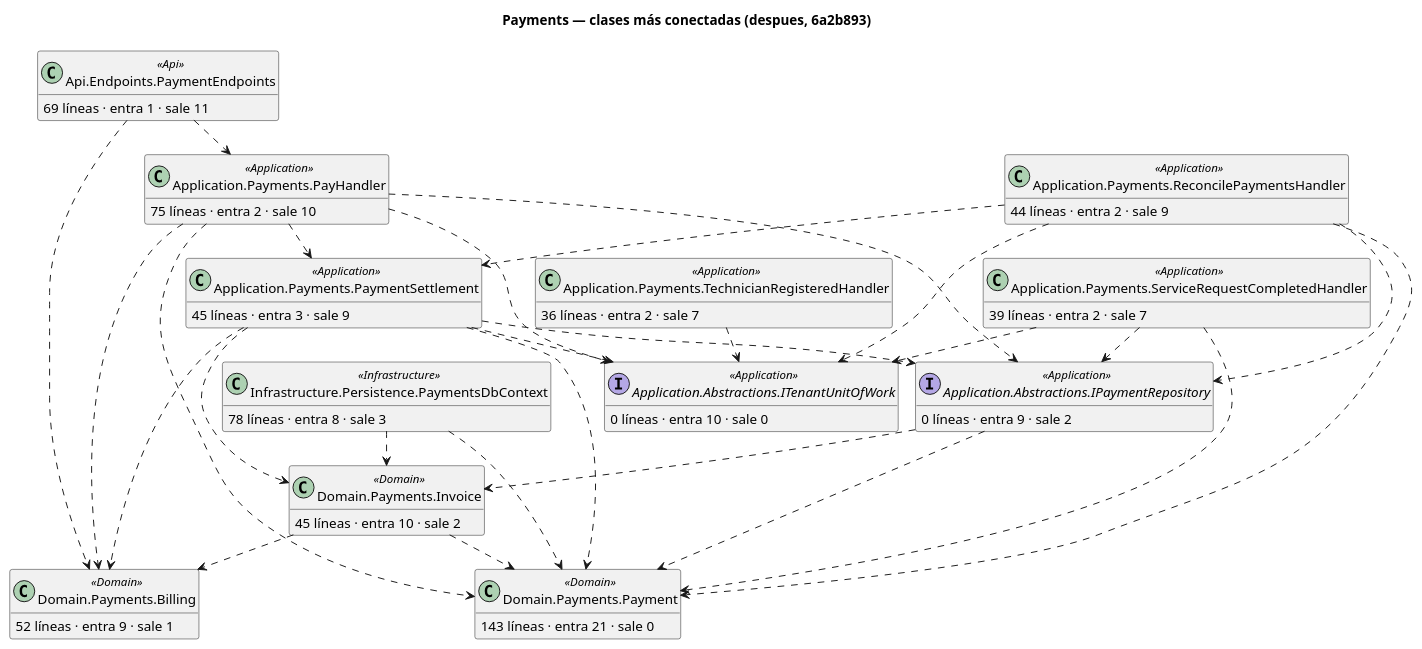
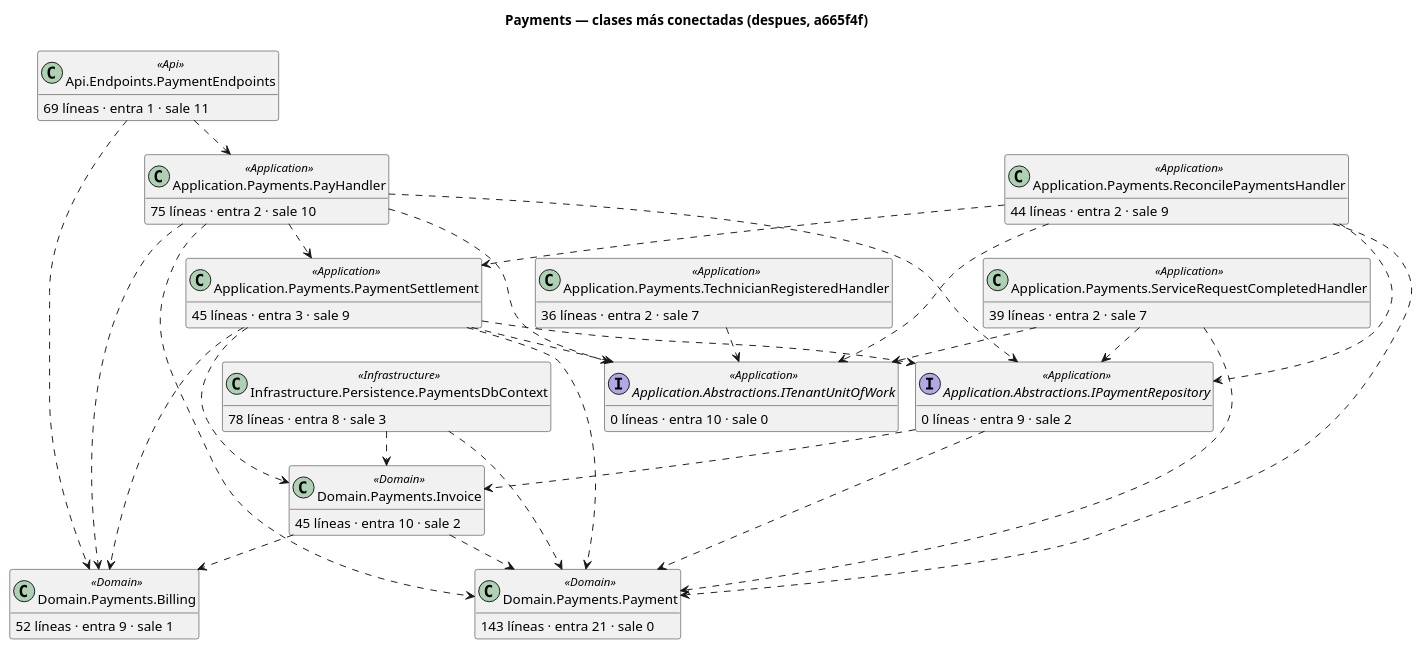
Before and after one commit to ARQUI-202630/quickpatch: the diagram in docs/architecture/codigo/despues/payments/clases-centrales.puml, drawn with PlantUML. The commit also changed 83 other files, not shown here.

```diff
--- a/docs/architecture/codigo/despues/payments/clases-centrales.puml
+++ b/docs/architecture/codigo/despues/payments/clases-centrales.puml
@@ -1,68 +1,68 @@
 @startuml
 !pragma layout smetana
-title Payments — clases más conectadas (despues, 6a2b893)
+title Payments — clases más conectadas (despues, a665f4f)
 hide empty members
 skinparam shadowing false
 class "Domain.Payments.Payment" as QuickPatch_Payments_Domain_Payments_Payment <<Domain>> {
   143 líneas · entra 21 · sale 0
 }
 class "Api.Endpoints.PaymentEndpoints" as QuickPatch_Payments_Api_Endpoints_PaymentEndpoints <<Api>> {
   69 líneas · entra 1 · sale 11
 }
 class "Application.Payments.PayHandler" as QuickPatch_Payments_Application_Payments_PayHandler <<Application>> {
   75 líneas · entra 2 · sale 10
 }
 class "Application.Payments.PaymentSettlement" as QuickPatch_Payments_Application_Payments_PaymentSettlement <<Application>> {
   45 líneas · entra 3 · sale 9
 }
 class "Domain.Payments.Invoice" as QuickPatch_Payments_Domain_Payments_Invoice <<Domain>> {
   45 líneas · entra 10 · sale 2
 }
 class "Application.Payments.ReconcilePaymentsHandler" as QuickPatch_Payments_Application_Payments_ReconcilePaymentsHandler <<Application>> {
   44 líneas · entra 2 · sale 9
 }
 interface "Application.Abstractions.IPaymentRepository" as QuickPatch_Payments_Application_Abstractions_IPaymentRepository <<Application>> {
   0 líneas · entra 9 · sale 2
 }
 class "Infrastructure.Persistence.PaymentsDbContext" as QuickPatch_Payments_Infrastructure_Persistence_PaymentsDbContext <<Infrastructure>> {
   78 líneas · entra 8 · sale 3
 }
 interface "Application.Abstractions.ITenantUnitOfWork" as QuickPatch_Payments_Application_Abstractions_ITenantUnitOfWork <<Application>> {
   0 líneas · entra 10 · sale 0
 }
 class "Domain.Payments.Billing" as QuickPatch_Payments_Domain_Payments_Billing <<Domain>> {
   52 líneas · entra 9 · sale 1
 }
 class "Application.Payments.ServiceRequestCompletedHandler" as QuickPatch_Payments_Application_Payments_ServiceRequestCompletedHandler <<Application>> {
   39 líneas · entra 2 · sale 7
 }
 class "Application.Payments.TechnicianRegisteredHandler" as QuickPatch_Payments_Application_Payments_TechnicianRegisteredHandler <<Application>> {
   36 líneas · entra 2 · sale 7
 }
 QuickPatch_Payments_Api_Endpoints_PaymentEndpoints ..> QuickPatch_Payments_Application_Payments_PayHandler
 QuickPatch_Payments_Api_Endpoints_PaymentEndpoints ..> QuickPatch_Payments_Domain_Payments_Billing
 QuickPatch_Payments_Application_Abstractions_IPaymentRepository ..> QuickPatch_Payments_Domain_Payments_Invoice
 QuickPatch_Payments_Application_Abstractions_IPaymentRepository ..> QuickPatch_Payments_Domain_Payments_Payment
 QuickPatch_Payments_Application_Payments_PayHandler ..> QuickPatch_Payments_Application_Abstractions_IPaymentRepository
 QuickPatch_Payments_Application_Payments_PayHandler ..> QuickPatch_Payments_Application_Abstractions_ITenantUnitOfWork
 QuickPatch_Payments_Application_Payments_PayHandler ..> QuickPatch_Payments_Application_Payments_PaymentSettlement
 QuickPatch_Payments_Application_Payments_PayHandler ..> QuickPatch_Payments_Domain_Payments_Billing
 QuickPatch_Payments_Application_Payments_PayHandler ..> QuickPatch_Payments_Domain_Payments_Payment
 QuickPatch_Payments_Application_Payments_PaymentSettlement ..> QuickPatch_Payments_Application_Abstractions_IPaymentRepository
 QuickPatch_Payments_Application_Payments_PaymentSettlement ..> QuickPatch_Payments_Application_Abstractions_ITenantUnitOfWork
 QuickPatch_Payments_Application_Payments_PaymentSettlement ..> QuickPatch_Payments_Domain_Payments_Billing
 QuickPatch_Payments_Application_Payments_PaymentSettlement ..> QuickPatch_Payments_Domain_Payments_Invoice
 QuickPatch_Payments_Application_Payments_PaymentSettlement ..> QuickPatch_Payments_Domain_Payments_Payment
 QuickPatch_Payments_Application_Payments_ReconcilePaymentsHandler ..> QuickPatch_Payments_Application_Abstractions_IPaymentRepository
 QuickPatch_Payments_Application_Payments_ReconcilePaymentsHandler ..> QuickPatch_Payments_Application_Abstractions_ITenantUnitOfWork
 QuickPatch_Payments_Application_Payments_ReconcilePaymentsHandler ..> QuickPatch_Payments_Application_Payments_PaymentSettlement
 QuickPatch_Payments_Application_Payments_ReconcilePaymentsHandler ..> QuickPatch_Payments_Domain_Payments_Payment
 QuickPatch_Payments_Application_Payments_ServiceRequestCompletedHandler ..> QuickPatch_Payments_Application_Abstractions_IPaymentRepository
 QuickPatch_Payments_Application_Payments_ServiceRequestCompletedHandler ..> QuickPatch_Payments_Application_Abstractions_ITenantUnitOfWork
 QuickPatch_Payments_Application_Payments_ServiceRequestCompletedHandler ..> QuickPatch_Payments_Domain_Payments_Payment
 QuickPatch_Payments_Application_Payments_TechnicianRegisteredHandler ..> QuickPatch_Payments_Application_Abstractions_ITenantUnitOfWork
 QuickPatch_Payments_Domain_Payments_Invoice ..> QuickPatch_Payments_Domain_Payments_Billing
 QuickPatch_Payments_Domain_Payments_Invoice ..> QuickPatch_Payments_Domain_Payments_Payment
 QuickPatch_Payments_Infrastructure_Persistence_PaymentsDbContext ..> QuickPatch_Payments_Domain_Payments_Invoice
 QuickPatch_Payments_Infrastructure_Persistence_PaymentsDbContext ..> QuickPatch_Payments_Domain_Payments_Payment
 @enduml
```
